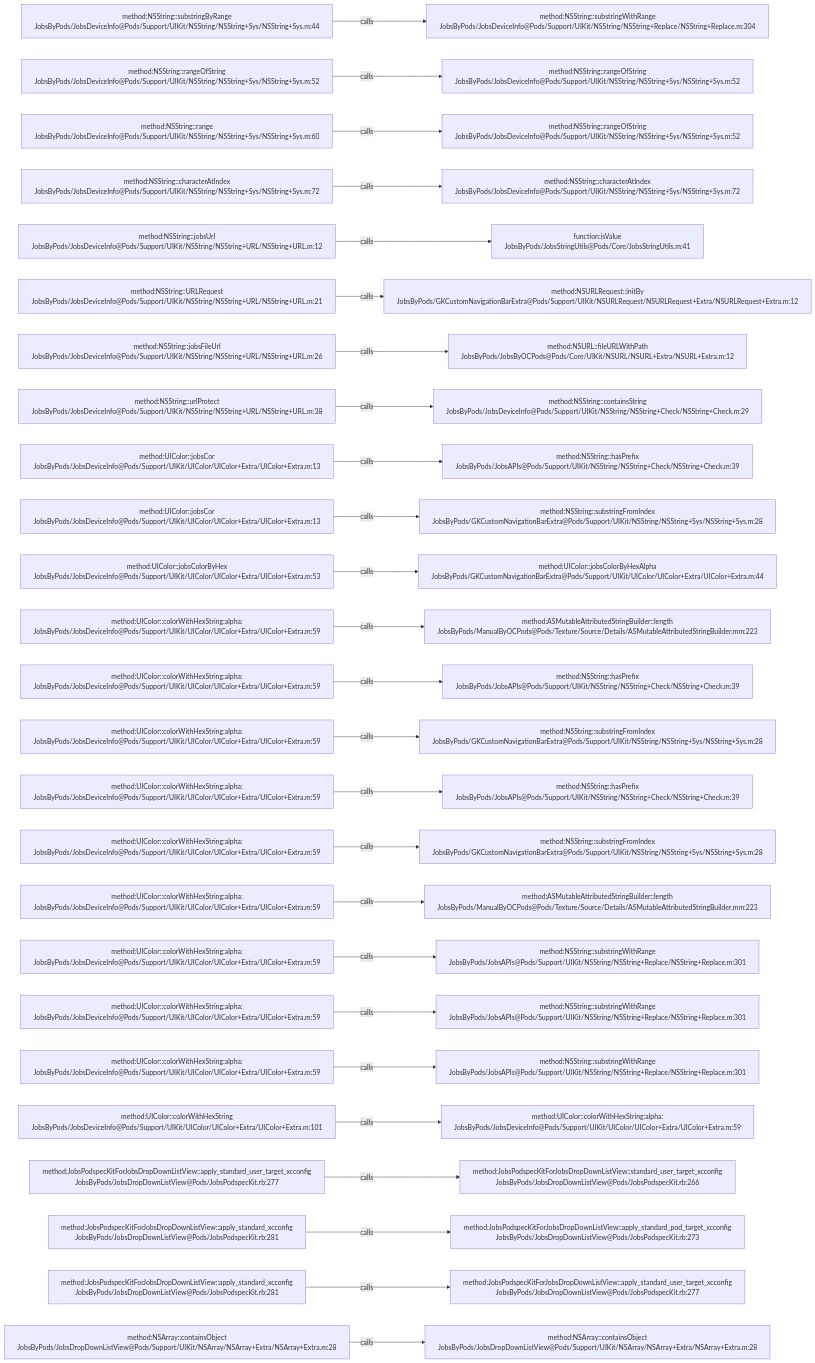
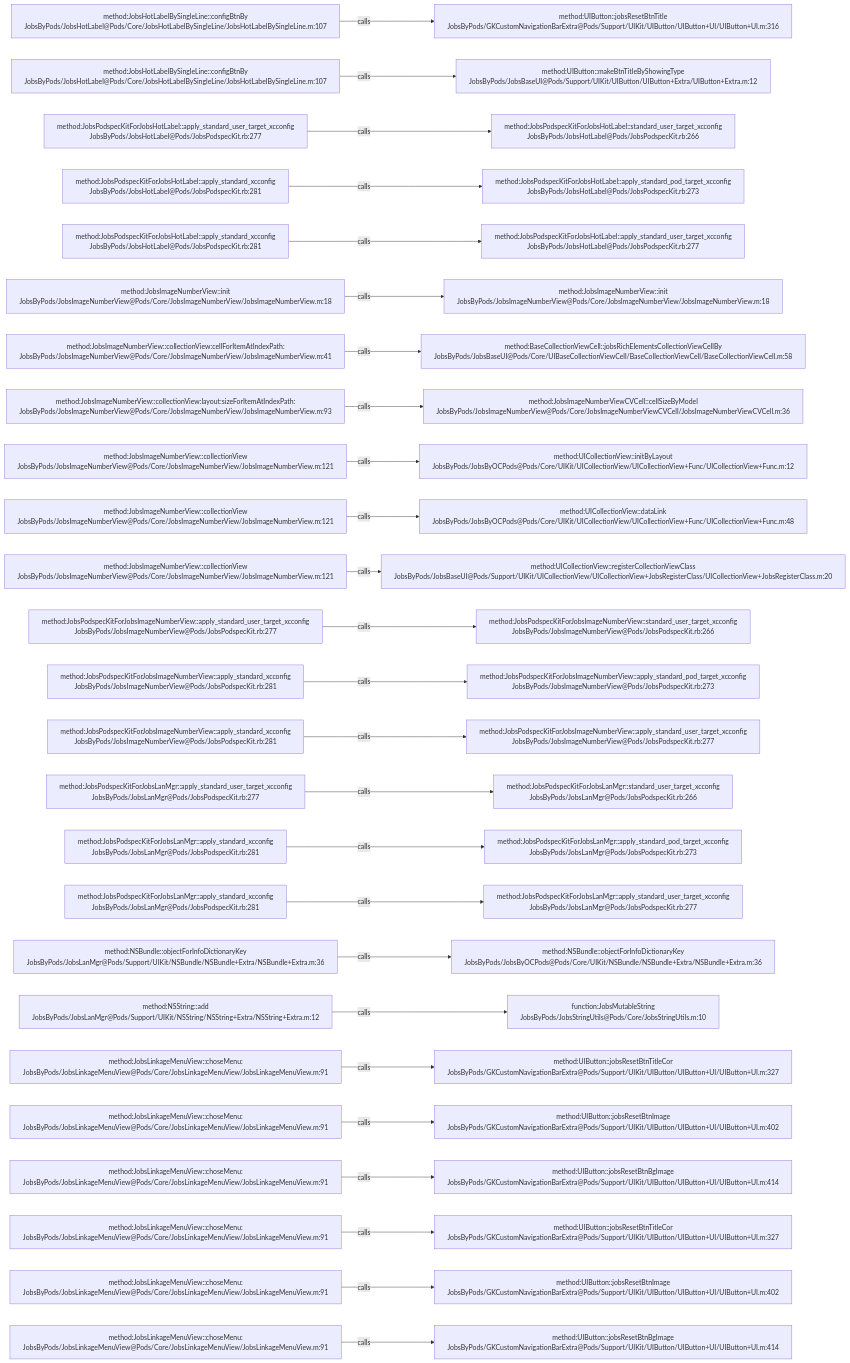
Before and after one commit to JobsKits/JobsOCBaseConfigDemo: the diagram in .codegraph/codegraph.md/graphs/calls-096.md, drawn with Mermaid. The commit also changed 639 other files, not shown here.

````diff
--- a/.codegraph/codegraph.md/graphs/calls-096.md
+++ b/.codegraph/codegraph.md/graphs/calls-096.md
@@ -13,78 +13,78 @@
 ```mermaid
 flowchart LR
-  S1["method:NSString::substringByRange<br/>JobsByPods/JobsDeviceInfo@Pods/Support/UIKit/NSString/NSString+Sys/NSString+Sys.m:44"]
-  T1["method:NSString::substringWithRange<br/>JobsByPods/JobsDeviceInfo@Pods/Support/UIKit/NSString/NSString+Replace/NSString+Replace.m:304"]
+  S1["method:JobsHotLabelBySingleLine::configBtnBy<br/>JobsByPods/JobsHotLabel@Pods/Core/JobsHotLabelBySingleLine/JobsHotLabelBySingleLine.m:107"]
+  T1["method:UIButton::jobsResetBtnTitle<br/>JobsByPods/GKCustomNavigationBarExtra@Pods/Support/UIKit/UIButton/UIButton+UI/UIButton+UI.m:316"]
   S1 -->|calls| T1
-  S2["method:NSString::rangeOfString<br/>JobsByPods/JobsDeviceInfo@Pods/Support/UIKit/NSString/NSString+Sys/NSString+Sys.m:52"]
-  T2["method:NSString::rangeOfString<br/>JobsByPods/JobsDeviceInfo@Pods/Support/UIKit/NSString/NSString+Sys/NSString+Sys.m:52"]
+  S2["method:JobsHotLabelBySingleLine::configBtnBy<br/>JobsByPods/JobsHotLabel@Pods/Core/JobsHotLabelBySingleLine/JobsHotLabelBySingleLine.m:107"]
+  T2["method:UIButton::makeBtnTitleByShowingType<br/>JobsByPods/JobsBaseUI@Pods/Support/UIKit/UIButton/UIButton+Extra/UIButton+Extra.m:12"]
   S2 -->|calls| T2
-  S3["method:NSString::range<br/>JobsByPods/JobsDeviceInfo@Pods/Support/UIKit/NSString/NSString+Sys/NSString+Sys.m:60"]
-  T3["method:NSString::rangeOfString<br/>JobsByPods/JobsDeviceInfo@Pods/Support/UIKit/NSString/NSString+Sys/NSString+Sys.m:52"]
+  S3["method:JobsPodspecKitForJobsHotLabel::apply_standard_user_target_xcconfig<br/>JobsByPods/JobsHotLabel@Pods/JobsPodspecKit.rb:277"]
+  T3["method:JobsPodspecKitForJobsHotLabel::standard_user_target_xcconfig<br/>JobsByPods/JobsHotLabel@Pods/JobsPodspecKit.rb:266"]
   S3 -->|calls| T3
-  S4["method:NSString::characterAtIndex<br/>JobsByPods/JobsDeviceInfo@Pods/Support/UIKit/NSString/NSString+Sys/NSString+Sys.m:72"]
-  T4["method:NSString::characterAtIndex<br/>JobsByPods/JobsDeviceInfo@Pods/Support/UIKit/NSString/NSString+Sys/NSString+Sys.m:72"]
+  S4["method:JobsPodspecKitForJobsHotLabel::apply_standard_xcconfig<br/>JobsByPods/JobsHotLabel@Pods/JobsPodspecKit.rb:281"]
+  T4["method:JobsPodspecKitForJobsHotLabel::apply_standard_pod_target_xcconfig<br/>JobsByPods/JobsHotLabel@Pods/JobsPodspecKit.rb:273"]
   S4 -->|calls| T4
-  S5["method:NSString::jobsUrl<br/>JobsByPods/JobsDeviceInfo@Pods/Support/UIKit/NSString/NSString+URL/NSString+URL.m:12"]
-  T5["function:isValue<br/>JobsByPods/JobsStringUtils@Pods/Core/JobsStringUtils.m:41"]
+  S5["method:JobsPodspecKitForJobsHotLabel::apply_standard_xcconfig<br/>JobsByPods/JobsHotLabel@Pods/JobsPodspecKit.rb:281"]
+  T5["method:JobsPodspecKitForJobsHotLabel::apply_standard_user_target_xcconfig<br/>JobsByPods/JobsHotLabel@Pods/JobsPodspecKit.rb:277"]
   S5 -->|calls| T5
-  S6["method:NSString::URLRequest<br/>JobsByPods/JobsDeviceInfo@Pods/Support/UIKit/NSString/NSString+URL/NSString+URL.m:21"]
-  T6["method:NSURLRequest::initBy<br/>JobsByPods/GKCustomNavigationBarExtra@Pods/Support/UIKit/NSURLRequest/NSURLRequest+Extra/NSURLRequest+Extra.m:12"]
+  S6["method:JobsImageNumberView::init<br/>JobsByPods/JobsImageNumberView@Pods/Core/JobsImageNumberView/JobsImageNumberView.m:18"]
+  T6["method:JobsImageNumberView::init<br/>JobsByPods/JobsImageNumberView@Pods/Core/JobsImageNumberView/JobsImageNumberView.m:18"]
   S6 -->|calls| T6
-  S7["method:NSString::jobsFileUrl<br/>JobsByPods/JobsDeviceInfo@Pods/Support/UIKit/NSString/NSString+URL/NSString+URL.m:26"]
-  T7["method:NSURL::fileURLWithPath<br/>JobsByPods/JobsByOCPods@Pods/Core/UIKit/NSURL/NSURL+Extra/NSURL+Extra.m:12"]
+  S7["method:JobsImageNumberView::collectionView:cellForItemAtIndexPath:<br/>JobsByPods/JobsImageNumberView@Pods/Core/JobsImageNumberView/JobsImageNumberView.m:41"]
+  T7["method:BaseCollectionViewCell::jobsRichElementsCollectionViewCellBy<br/>JobsByPods/JobsBaseUI@Pods/Core/UIBaseCollectionViewCell/BaseCollectionViewCell/BaseCollectionViewCell.m:58"]
   S7 -->|calls| T7
-  S8["method:NSString::urlProtect<br/>JobsByPods/JobsDeviceInfo@Pods/Support/UIKit/NSString/NSString+URL/NSString+URL.m:38"]
-  T8["method:NSString::containsString<br/>JobsByPods/JobsDeviceInfo@Pods/Support/UIKit/NSString/NSString+Check/NSString+Check.m:29"]
+  S8["method:JobsImageNumberView::collectionView:layout:sizeForItemAtIndexPath:<br/>JobsByPods/JobsImageNumberView@Pods/Core/JobsImageNumberView/JobsImageNumberView.m:93"]
+  T8["method:JobsImageNumberViewCVCell::cellSizeByModel<br/>JobsByPods/JobsImageNumberView@Pods/Core/JobsImageNumberViewCVCell/JobsImageNumberViewCVCell.m:36"]
   S8 -->|calls| T8
-  S9["method:UIColor::jobsCor<br/>JobsByPods/JobsDeviceInfo@Pods/Support/UIKit/UIColor/UIColor+Extra/UIColor+Extra.m:13"]
-  T9["method:NSString::hasPrefix<br/>JobsByPods/JobsAPIs@Pods/Support/UIKit/NSString/NSString+Check/NSString+Check.m:39"]
+  S9["method:JobsImageNumberView::collectionView<br/>JobsByPods/JobsImageNumberView@Pods/Core/JobsImageNumberView/JobsImageNumberView.m:121"]
+  T9["method:UICollectionView::initByLayout<br/>JobsByPods/JobsByOCPods@Pods/Core/UIKit/UICollectionView/UICollectionView+Func/UICollectionView+Func.m:12"]
   S9 -->|calls| T9
-  S10["method:UIColor::jobsCor<br/>JobsByPods/JobsDeviceInfo@Pods/Support/UIKit/UIColor/UIColor+Extra/UIColor+Extra.m:13"]
-  T10["method:NSString::substringFromIndex<br/>JobsByPods/GKCustomNavigationBarExtra@Pods/Support/UIKit/NSString/NSString+Sys/NSString+Sys.m:28"]
+  S10["method:JobsImageNumberView::collectionView<br/>JobsByPods/JobsImageNumberView@Pods/Core/JobsImageNumberView/JobsImageNumberView.m:121"]
+  T10["method:UICollectionView::dataLink<br/>JobsByPods/JobsByOCPods@Pods/Core/UIKit/UICollectionView/UICollectionView+Func/UICollectionView+Func.m:48"]
   S10 -->|calls| T10
-  S11["method:UIColor::jobsColorByHex<br/>JobsByPods/JobsDeviceInfo@Pods/Support/UIKit/UIColor/UIColor+Extra/UIColor+Extra.m:53"]
-  T11["method:UIColor::jobsColorByHexAlpha<br/>JobsByPods/GKCustomNavigationBarExtra@Pods/Support/UIKit/UIColor/UIColor+Extra/UIColor+Extra.m:44"]
+  S11["method:JobsImageNumberView::collectionView<br/>JobsByPods/JobsImageNumberView@Pods/Core/JobsImageNumberView/JobsImageNumberView.m:121"]
+  T11["method:UICollectionView::registerCollectionViewClass<br/>JobsByPods/JobsBaseUI@Pods/Support/UIKit/UICollectionView/UICollectionView+JobsRegisterClass/UICollectionView+JobsRegisterClass.m:20"]
   S11 -->|calls| T11
-  S12["method:UIColor::colorWithHexString:alpha:<br/>JobsByPods/JobsDeviceInfo@Pods/Support/UIKit/UIColor/UIColor+Extra/UIColor+Extra.m:59"]
-  T12["method:ASMutableAttributedStringBuilder::length<br/>JobsByPods/ManualByOCPods@Pods/Texture/Source/Details/ASMutableAttributedStringBuilder.mm:223"]
+  S12["method:JobsPodspecKitForJobsImageNumberView::apply_standard_user_target_xcconfig<br/>JobsByPods/JobsImageNumberView@Pods/JobsPodspecKit.rb:277"]
+  T12["method:JobsPodspecKitForJobsImageNumberView::standard_user_target_xcconfig<br/>JobsByPods/JobsImageNumberView@Pods/JobsPodspecKit.rb:266"]
   S12 -->|calls| T12
-  S13["method:UIColor::colorWithHexString:alpha:<br/>JobsByPods/JobsDeviceInfo@Pods/Support/UIKit/UIColor/UIColor+Extra/UIColor+Extra.m:59"]
-  T13["method:NSString::hasPrefix<br/>JobsByPods/JobsAPIs@Pods/Support/UIKit/NSString/NSString+Check/NSString+Check.m:39"]
+  S13["method:JobsPodspecKitForJobsImageNumberView::apply_standard_xcconfig<br/>JobsByPods/JobsImageNumberView@Pods/JobsPodspecKit.rb:281"]
+  T13["method:JobsPodspecKitForJobsImageNumberView::apply_standard_pod_target_xcconfig<br/>JobsByPods/JobsImageNumberView@Pods/JobsPodspecKit.rb:273"]
   S13 -->|calls| T13
-  S14["method:UIColor::colorWithHexString:alpha:<br/>JobsByPods/JobsDeviceInfo@Pods/Support/UIKit/UIColor/UIColor+Extra/UIColor+Extra.m:59"]
-  T14["method:NSString::substringFromIndex<br/>JobsByPods/GKCustomNavigationBarExtra@Pods/Support/UIKit/NSString/NSString+Sys/NSString+Sys.m:28"]
+  S14["method:JobsPodspecKitForJobsImageNumberView::apply_standard_xcconfig<br/>JobsByPods/JobsImageNumberView@Pods/JobsPodspecKit.rb:281"]
+  T14["method:JobsPodspecKitForJobsImageNumberView::apply_standard_user_target_xcconfig<br/>JobsByPods/JobsImageNumberView@Pods/JobsPodspecKit.rb:277"]
   S14 -->|calls| T14
-  S15["method:UIColor::colorWithHexString:alpha:<br/>JobsByPods/JobsDeviceInfo@Pods/Support/UIKit/UIColor/UIColor+Extra/UIColor+Extra.m:59"]
-  T15["method:NSString::hasPrefix<br/>JobsByPods/JobsAPIs@Pods/Support/UIKit/NSString/NSString+Check/NSString+Check.m:39"]
+  S15["method:JobsPodspecKitForJobsLanMgr::apply_standard_user_target_xcconfig<br/>JobsByPods/JobsLanMgr@Pods/JobsPodspecKit.rb:277"]
+  T15["method:JobsPodspecKitForJobsLanMgr::standard_user_target_xcconfig<br/>JobsByPods/JobsLanMgr@Pods/JobsPodspecKit.rb:266"]
   S15 -->|calls| T15
-  S16["method:UIColor::colorWithHexString:alpha:<br/>JobsByPods/JobsDeviceInfo@Pods/Support/UIKit/UIColor/UIColor+Extra/UIColor+Extra.m:59"]
-  T16["method:NSString::substringFromIndex<br/>JobsByPods/GKCustomNavigationBarExtra@Pods/Support/UIKit/NSString/NSString+Sys/NSString+Sys.m:28"]
+  S16["method:JobsPodspecKitForJobsLanMgr::apply_standard_xcconfig<br/>JobsByPods/JobsLanMgr@Pods/JobsPodspecKit.rb:281"]
+  T16["method:JobsPodspecKitForJobsLanMgr::apply_standard_pod_target_xcconfig<br/>JobsByPods/JobsLanMgr@Pods/JobsPodspecKit.rb:273"]
   S16 -->|calls| T16
-  S17["method:UIColor::colorWithHexString:alpha:<br/>JobsByPods/JobsDeviceInfo@Pods/Support/UIKit/UIColor/UIColor+Extra/UIColor+Extra.m:59"]
-  T17["method:ASMutableAttributedStringBuilder::length<br/>JobsByPods/ManualByOCPods@Pods/Texture/Source/Details/ASMutableAttributedStringBuilder.mm:223"]
+  S17["method:JobsPodspecKitForJobsLanMgr::apply_standard_xcconfig<br/>JobsByPods/JobsLanMgr@Pods/JobsPodspecKit.rb:281"]
+  T17["method:JobsPodspecKitForJobsLanMgr::apply_standard_user_target_xcconfig<br/>JobsByPods/JobsLanMgr@Pods/JobsPodspecKit.rb:277"]
   S17 -->|calls| T17
-  S18["method:UIColor::colorWithHexString:alpha:<br/>JobsByPods/JobsDeviceInfo@Pods/Support/UIKit/UIColor/UIColor+Extra/UIColor+Extra.m:59"]
-  T18["method:NSString::substringWithRange<br/>JobsByPods/JobsAPIs@Pods/Support/UIKit/NSString/NSString+Replace/NSString+Replace.m:301"]
+  S18["method:NSBundle::objectForInfoDictionaryKey<br/>JobsByPods/JobsLanMgr@Pods/Support/UIKit/NSBundle/NSBundle+Extra/NSBundle+Extra.m:36"]
+  T18["method:NSBundle::objectForInfoDictionaryKey<br/>JobsByPods/JobsByOCPods@Pods/Core/UIKit/NSBundle/NSBundle+Extra/NSBundle+Extra.m:36"]
   S18 -->|calls| T18
-  S19["method:UIColor::colorWithHexString:alpha:<br/>JobsByPods/JobsDeviceInfo@Pods/Support/UIKit/UIColor/UIColor+Extra/UIColor+Extra.m:59"]
-  T19["method:NSString::substringWithRange<br/>JobsByPods/JobsAPIs@Pods/Support/UIKit/NSString/NSString+Replace/NSString+Replace.m:301"]
+  S19["method:NSString::add<br/>JobsByPods/JobsLanMgr@Pods/Support/UIKit/NSString/NSString+Extra/NSString+Extra.m:12"]
+  T19["function:JobsMutableString<br/>JobsByPods/JobsStringUtils@Pods/Core/JobsStringUtils.m:10"]
   S19 -->|calls| T19
-  S20["method:UIColor::colorWithHexString:alpha:<br/>JobsByPods/JobsDeviceInfo@Pods/Support/UIKit/UIColor/UIColor+Extra/UIColor+Extra.m:59"]
-  T20["method:NSString::substringWithRange<br/>JobsByPods/JobsAPIs@Pods/Support/UIKit/NSString/NSString+Replace/NSString+Replace.m:301"]
+  S20["method:JobsLinkageMenuView::choseMenu:<br/>JobsByPods/JobsLinkageMenuView@Pods/Core/JobsLinkageMenuView/JobsLinkageMenuView.m:91"]
+  T20["method:UIButton::jobsResetBtnTitleCor<br/>JobsByPods/GKCustomNavigationBarExtra@Pods/Support/UIKit/UIButton/UIButton+UI/UIButton+UI.m:327"]
   S20 -->|calls| T20
-  S21["method:UIColor::colorWithHexString<br/>JobsByPods/JobsDeviceInfo@Pods/Support/UIKit/UIColor/UIColor+Extra/UIColor+Extra.m:101"]
-  T21["method:UIColor::colorWithHexString:alpha:<br/>JobsByPods/JobsDeviceInfo@Pods/Support/UIKit/UIColor/UIColor+Extra/UIColor+Extra.m:59"]
+  S21["method:JobsLinkageMenuView::choseMenu:<br/>JobsByPods/JobsLinkageMenuView@Pods/Core/JobsLinkageMenuView/JobsLinkageMenuView.m:91"]
+  T21["method:UIButton::jobsResetBtnImage<br/>JobsByPods/GKCustomNavigationBarExtra@Pods/Support/UIKit/UIButton/UIButton+UI/UIButton+UI.m:402"]
   S21 -->|calls| T21
-  S22["method:JobsPodspecKitForJobsDropDownListView::apply_standard_user_target_xcconfig<br/>JobsByPods/JobsDropDownListView@Pods/JobsPodspecKit.rb:277"]
-  T22["method:JobsPodspecKitForJobsDropDownListView::standard_user_target_xcconfig<br/>JobsByPods/JobsDropDownListView@Pods/JobsPodspecKit.rb:266"]
+  S22["method:JobsLinkageMenuView::choseMenu:<br/>JobsByPods/JobsLinkageMenuView@Pods/Core/JobsLinkageMenuView/JobsLinkageMenuView.m:91"]
+  T22["method:UIButton::jobsResetBtnBgImage<br/>JobsByPods/GKCustomNavigationBarExtra@Pods/Support/UIKit/UIButton/UIButton+UI/UIButton+UI.m:414"]
   S22 -->|calls| T22
-  S23["method:JobsPodspecKitForJobsDropDownListView::apply_standard_xcconfig<br/>JobsByPods/JobsDropDownListView@Pods/JobsPodspecKit.rb:281"]
-  T23["method:JobsPodspecKitForJobsDropDownListView::apply_standard_pod_target_xcconfig<br/>JobsByPods/JobsDropDownListView@Pods/JobsPodspecKit.rb:273"]
+  S23["method:JobsLinkageMenuView::choseMenu:<br/>JobsByPods/JobsLinkageMenuView@Pods/Core/JobsLinkageMenuView/JobsLinkageMenuView.m:91"]
+  T23["method:UIButton::jobsResetBtnTitleCor<br/>JobsByPods/GKCustomNavigationBarExtra@Pods/Support/UIKit/UIButton/UIButton+UI/UIButton+UI.m:327"]
   S23 -->|calls| T23
-  S24["method:JobsPodspecKitForJobsDropDownListView::apply_standard_xcconfig<br/>JobsByPods/JobsDropDownListView@Pods/JobsPodspecKit.rb:281"]
-  T24["method:JobsPodspecKitForJobsDropDownListView::apply_standard_user_target_xcconfig<br/>JobsByPods/JobsDropDownListView@Pods/JobsPodspecKit.rb:277"]
+  S24["method:JobsLinkageMenuView::choseMenu:<br/>JobsByPods/JobsLinkageMenuView@Pods/Core/JobsLinkageMenuView/JobsLinkageMenuView.m:91"]
+  T24["method:UIButton::jobsResetBtnImage<br/>JobsByPods/GKCustomNavigationBarExtra@Pods/Support/UIKit/UIButton/UIButton+UI/UIButton+UI.m:402"]
   S24 -->|calls| T24
-  S25["method:NSArray::containsObject<br/>JobsByPods/JobsDropDownListView@Pods/Support/UIKit/NSArray/NSArray+Extra/NSArray+Extra.m:28"]
-  T25["method:NSArray::containsObject<br/>JobsByPods/JobsDropDownListView@Pods/Support/UIKit/NSArray/NSArray+Extra/NSArray+Extra.m:28"]
+  S25["method:JobsLinkageMenuView::choseMenu:<br/>JobsByPods/JobsLinkageMenuView@Pods/Core/JobsLinkageMenuView/JobsLinkageMenuView.m:91"]
+  T25["method:UIButton::jobsResetBtnBgImage<br/>JobsByPods/GKCustomNavigationBarExtra@Pods/Support/UIKit/UIButton/UIButton+UI/UIButton+UI.m:414"]
   S25 -->|calls| T25
 ```
````
